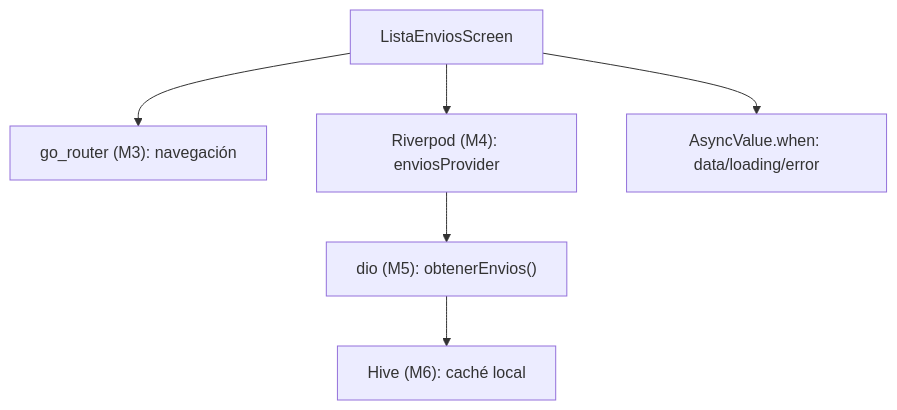
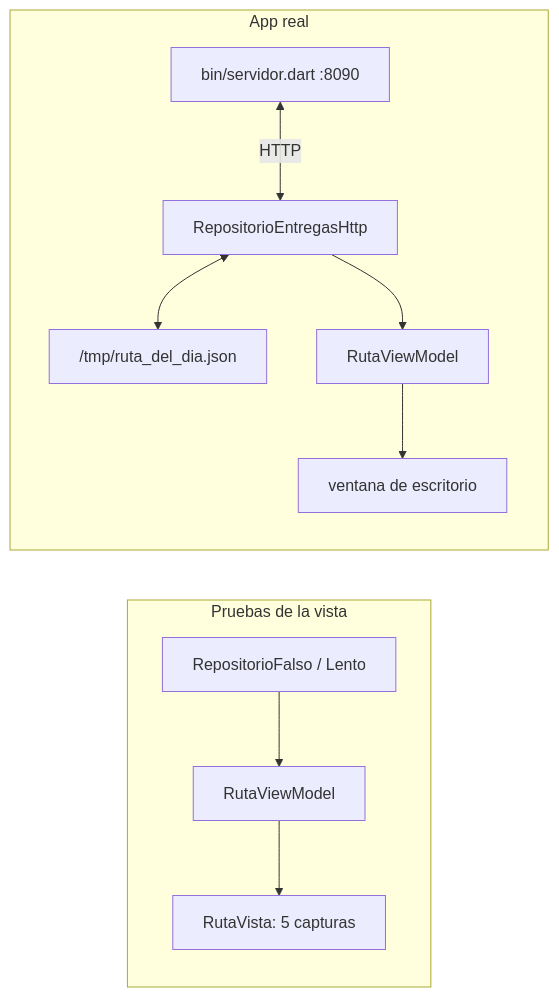
One commit to NICORUIZ93/The_Imperial_Book changed the fourth of 4 diagrams in web/public/content/flutter/modulo-12.md. Above: the diagram before and after it, drawn with Mermaid. The commit also changed other lines of this file and 6 other files, not shown here.

First line of the commit message:
Flutter M12: proyecto integrador por capas — prueba de arquitectura, datos con copia local, casos de uso, view models y app real

````diff
--- a/web/public/content/flutter/modulo-12.md
+++ b/web/public/content/flutter/modulo-12.md
@@ -124,8 +1516,11 @@
 ```mermaid
-flowchart TD
-    A["ListaEnviosScreen"] --> B["go_router (M3): navegación"]
-    A --> C["Riverpod (M4): enviosProvider"]
-    C --> D["dio (M5): obtenerEnvios()"]
-    D --> E["Hive (M6): caché local"]
-    A --> F["AsyncValue.when: data/loading/error"]
+flowchart LR
+    subgraph Pruebas de la vista
+      F["RepositorioFalso / Lento"] --> VM1["RutaViewModel"] --> V1["RutaVista: 5 capturas"]
+    end
+    subgraph App real
+      S["bin/servidor.dart :8090"] <-->|HTTP| R["RepositorioEntregasHttp"]
+      R <--> A["/tmp/ruta_del_dia.json"]
+      R --> VM2["RutaViewModel"] --> V2["ventana de escritorio"]
+    end
 ```
````
